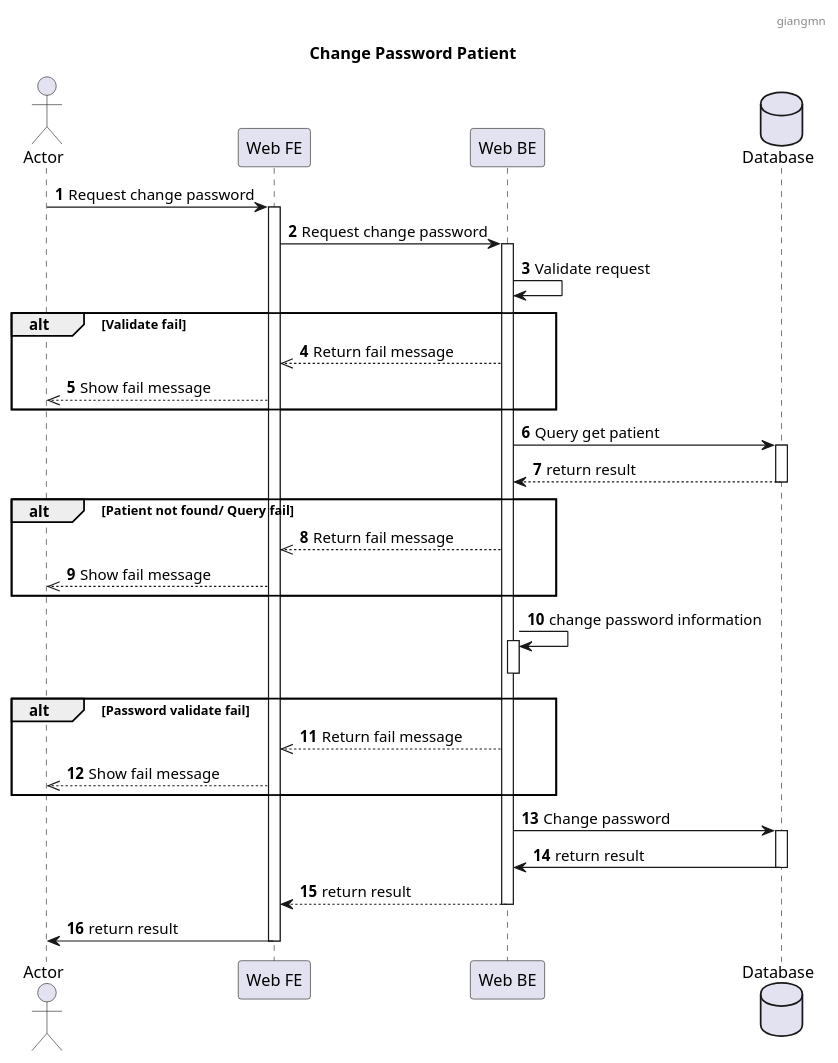
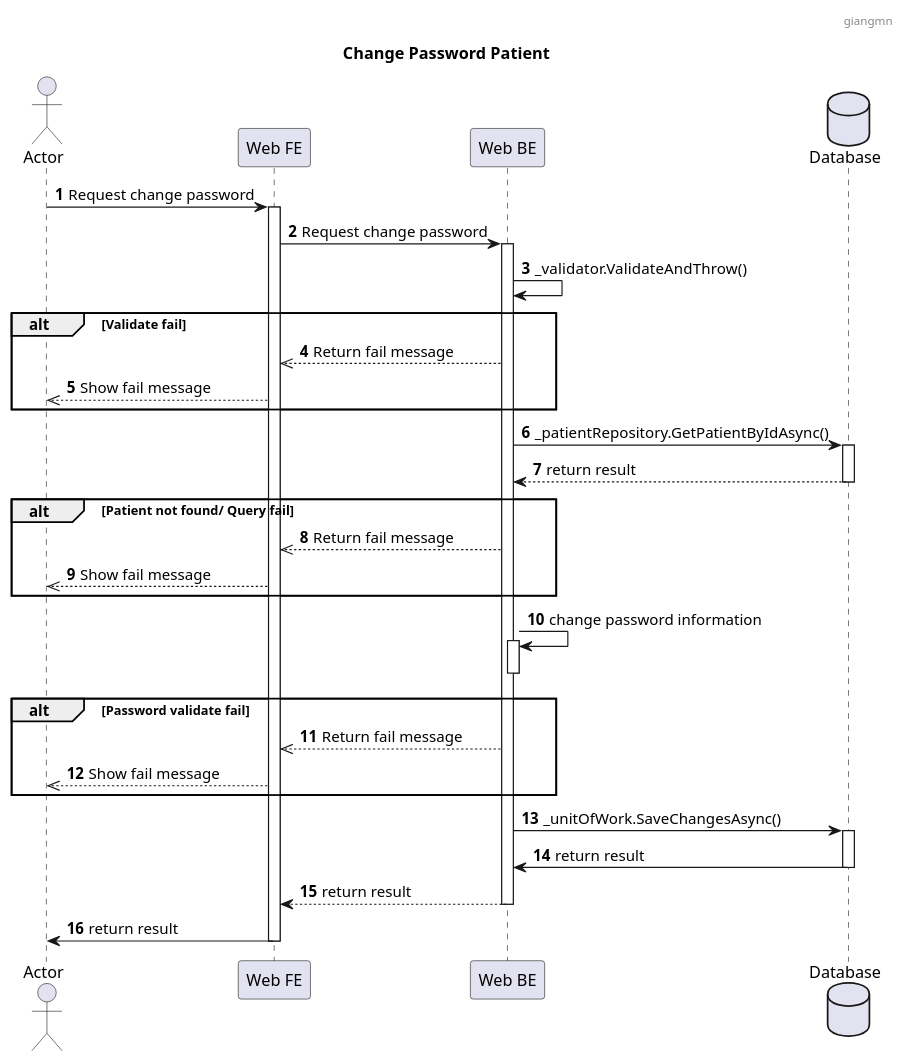
One commit to jang1902/SEP490_Sequence changed the diagram in Sequence/Patient/Change Password Patietn.puml. Above: the diagram before and after it, drawn with PlantUML. The commit also changed 10 other files, not shown here.

```diff
--- a/Sequence/Patient/Change Password Patietn.puml
+++ b/Sequence/Patient/Change Password Patietn.puml
@@ -1,46 +1,46 @@
 @startuml
 header : giangmn
 title: Change Password Patient
 autonumber
 
 actor "Actor" as a
 participant "Web FE" as fe
 participant "Web BE" as be
 database "Database" as db
 
 a->fe : Request change password
 fe++
 fe -> be: Request change password
 be++
-be -> be: Validate request
+be -> be: _validator.ValidateAndThrow()
 alt Validate fail
 be -->> fe: Return fail message
 fe-->>a: Show fail message
 end
-be -> db: Query get patient
+be -> db: _patientRepository.GetPatientByIdAsync()
 db++
 db --> be: return result
 db--
 alt Patient not found/ Query fail
 be -->> fe: Return fail message
 fe-->>a: Show fail message
 end
 
 be-> be: change password information
 be++
 be--
 
 alt Password validate fail
 be -->> fe: Return fail message
 fe-->>a: Show fail message
 end
 
-be->db: Change password
+be->db: _unitOfWork.SaveChangesAsync()
 db++
 db->be: return result
 db--
 be --> fe: return result
 be--
 fe->a: return result
 fe--
 @enduml
```
